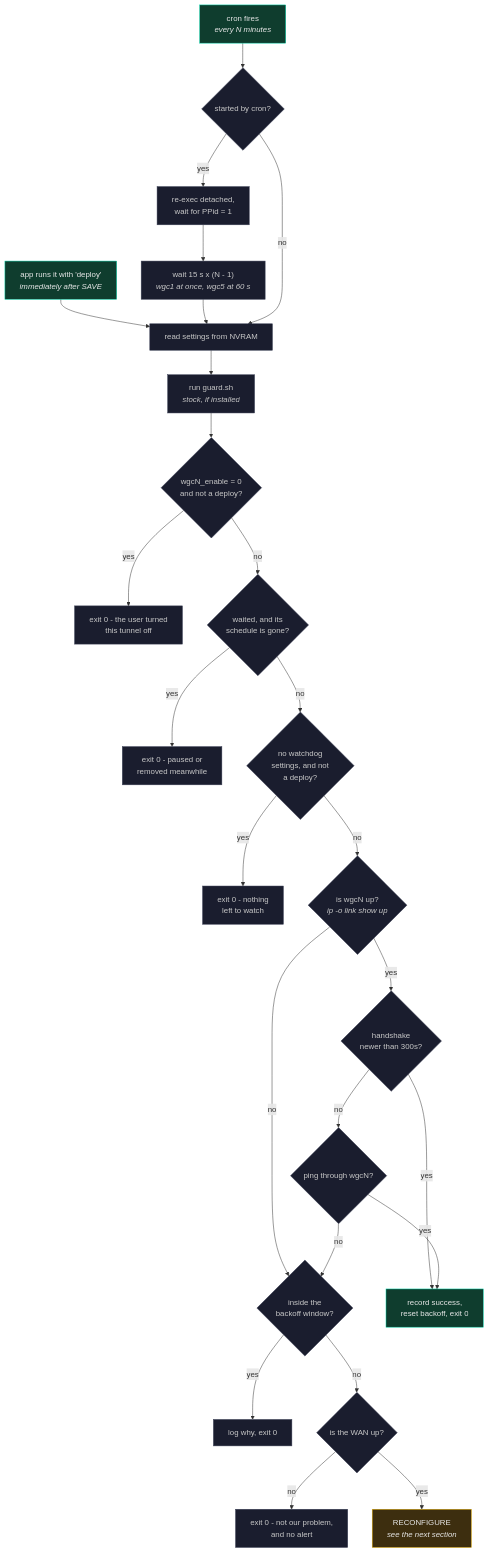
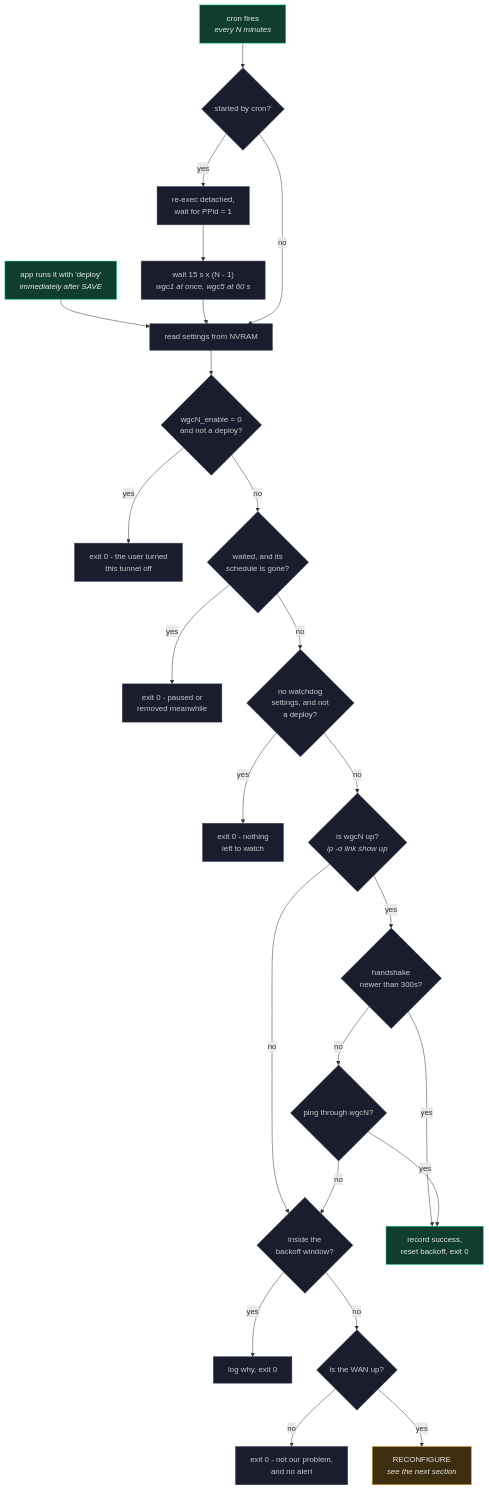
One commit to ExponentiallyDigital/cfg-pia-wg changed the sixth of 8 diagrams in ARCHITECTURE.md. Above: the diagram before and after it, drawn with Mermaid. The commit also changed other lines of this file and 44 other files, not shown here.

````diff
--- a/ARCHITECTURE.md
+++ b/ARCHITECTURE.md
@@ -1268,42 +1285,41 @@
 ```mermaid
 flowchart TD
     CRON["cron fires<br/><i>every N minutes</i>"] --> DETACH
     DEPLOY["app runs it with 'deploy'<br/><i>immediately after SAVE</i>"] --> LOAD
 
     DETACH{"started by cron?"}
     DETACH -->|yes| REEXEC["re-exec detached,<br/>wait for PPid = 1"]
     REEXEC --> STAGGER["wait 15 s x (N - 1)<br/><i>wgc1 at once, wgc5 at 60 s</i>"]
     STAGGER --> LOAD
     DETACH -->|no| LOAD
 
-    LOAD["read settings from NVRAM"] --> GUARD["run guard.sh<br/><i>stock, if installed</i>"]
-    GUARD --> ENABLED{"wgcN_enable = 0<br/>and not a deploy?"}
+    LOAD["read settings from NVRAM"] --> ENABLED{"wgcN_enable = 0<br/>and not a deploy?"}
     ENABLED -->|yes| STOP1["exit 0 - the user turned<br/>this tunnel off"]
     ENABLED -->|no| WAITED{"waited, and its<br/>schedule is gone?"}
     WAITED -->|yes| STOP4["exit 0 - paused or<br/>removed meanwhile"]
     WAITED -->|no| SETS{"no watchdog<br/>settings, and not<br/>a deploy?"}
     SETS -->|yes| STOP5["exit 0 - nothing<br/>left to watch"]
     SETS -->|no| IFACE
 
     IFACE{"is wgcN up?<br/><i>ip -o link show up</i>"}
     IFACE -->|no| BACKOFF
     IFACE -->|yes| HS{"handshake<br/>newer than 300s?"}
     HS -->|yes| OK["record success,<br/>reset backoff, exit 0"]
     HS -->|no| PING{"ping through wgcN?"}
     PING -->|yes| OK
     PING -->|no| BACKOFF
 
     BACKOFF{"inside the<br/>backoff window?"}
     BACKOFF -->|yes| STOP2["log why, exit 0"]
     BACKOFF -->|no| WAN{"is the WAN up?"}
     WAN -->|no| STOP3["exit 0 - not our problem,<br/>and no alert"]
     WAN -->|yes| RECONF["RECONFIGURE<br/><i>see the next section</i>"]
 
     classDef go fill:#0F3D2E,stroke:#00D4AA,color:#E8E8E8
     classDef bad fill:#3D1A1A,stroke:#E05252,color:#E8E8E8
     classDef work fill:#3D2E0F,stroke:#E0A800,color:#E8E8E8
     classDef step fill:#1A1D2E,stroke:#3A3F55,color:#C8C8C8
     class CRON,DEPLOY,OK go
-    class STOP1,STOP2,STOP3,STOP4,STOP5,DETACH,REEXEC,STAGGER,LOAD,GUARD,ENABLED,WAITED,SETS,IFACE,HS,PING,BACKOFF,WAN step
+    class STOP1,STOP2,STOP3,STOP4,STOP5,DETACH,REEXEC,STAGGER,LOAD,ENABLED,WAITED,SETS,IFACE,HS,PING,BACKOFF,WAN step
     class RECONF work
 ```
````
